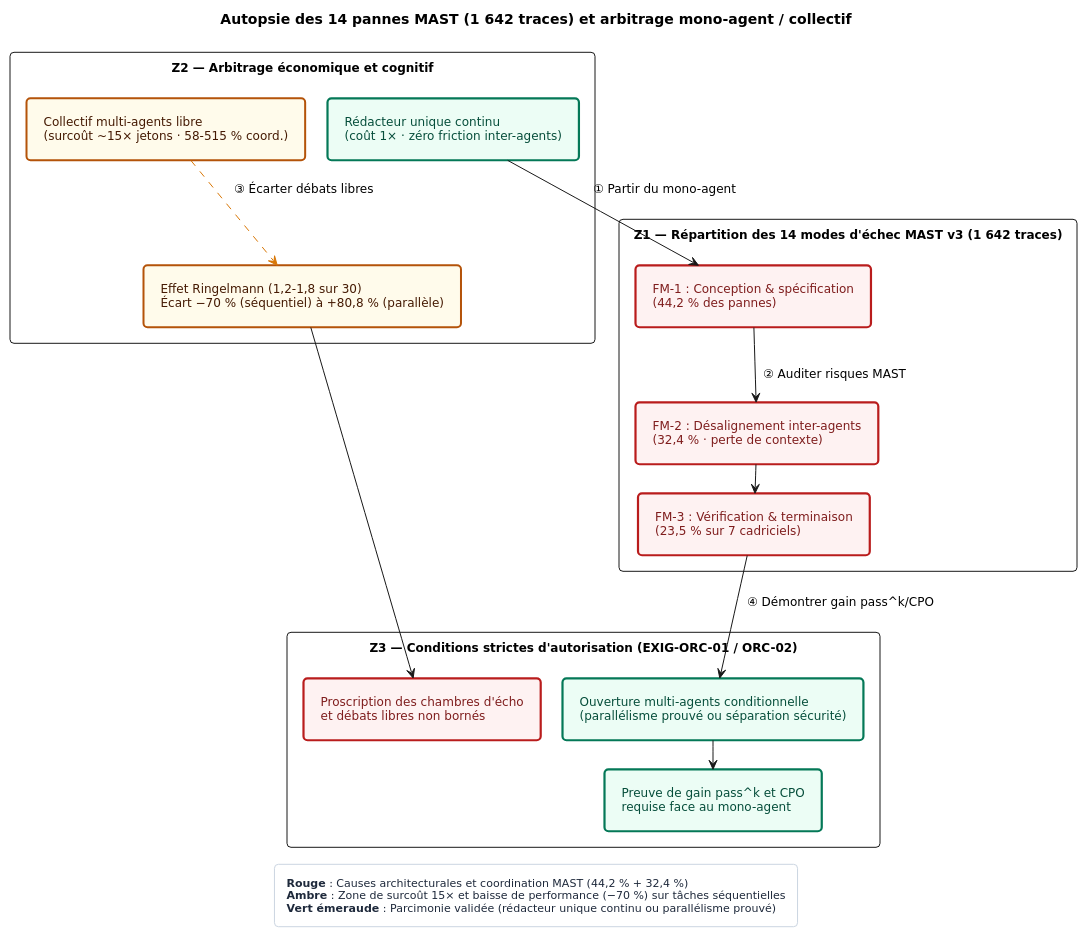
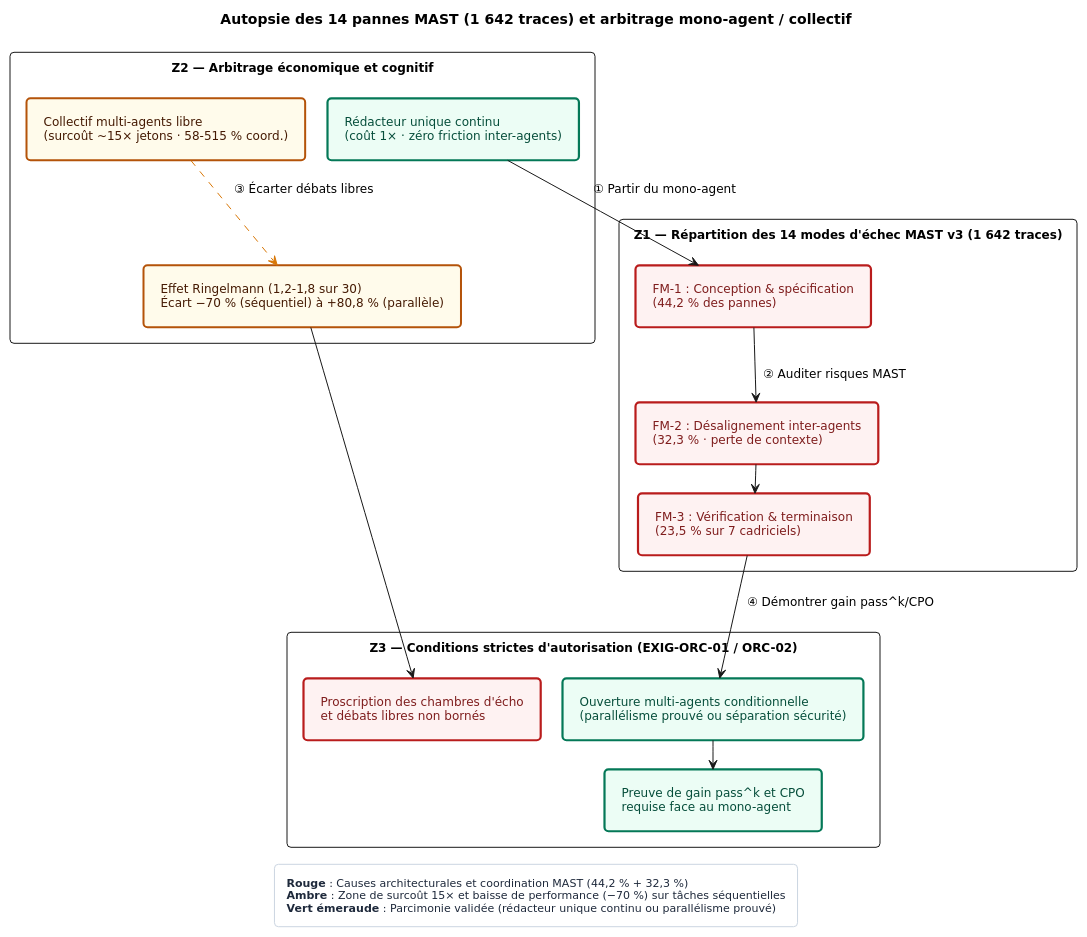
One commit to agbruneau/Agentique changed the diagram in Compendium/ouvrage/schemas/SCH-02-02.puml. Above: the diagram before and after it, drawn with PlantUML. The commit also changed 234 other files, not shown here.

```diff
--- a/Compendium/ouvrage/schemas/SCH-02-02.puml
+++ b/Compendium/ouvrage/schemas/SCH-02-02.puml
@@ -1,61 +1,61 @@
 @startuml
 <style>
 document { BackgroundColor #FFFFFF; }
 .det { BackgroundColor #EBF2F7; LineColor #1B4F72; LineThickness 2.2; FontColor #0F2942; }
 .blue { BackgroundColor #EFF6FF; LineColor #1D4ED8; LineThickness 2.2; FontColor #1E3A8A; }
 .prob { BackgroundColor #FFF5E0; LineColor #D97706; LineThickness 2.0; LineStyle 5; FontColor #451A03; }
 .amber { BackgroundColor #FFFBEB; LineColor #B45309; LineThickness 2.0; FontColor #451A03; }
 .green { BackgroundColor #ECFDF5; LineColor #047857; LineThickness 2.2; FontColor #064E3B; }
 .teal { BackgroundColor #F0FDFA; LineColor #0F766E; LineThickness 2.2; FontColor #134E4A; }
 .red { BackgroundColor #FEF2F2; LineColor #B91C1C; LineThickness 2.2; FontColor #7F1D1D; }
 .purple { BackgroundColor #F5F3FF; LineColor #6D28D9; LineThickness 2.2; FontColor #4C1D95; }
 .indigo { BackgroundColor #EEF2FF; LineColor #4338CA; LineThickness 2.2; FontColor #312E81; }
 .gray { BackgroundColor #F1F5F9; LineColor #475569; LineThickness 1.8; FontColor #1E293B; }
 package { BackgroundColor #F8FAFC; LineColor #64748B; LineThickness 1.2; FontColor #334155; }
 legend { BackgroundColor #FFFFFF; LineColor #CBD5E1; FontColor #1E293B; FontSize 11; }
 </style>
 hide stereotype
 skinparam defaultFontName "DejaVu Sans"
 skinparam defaultFontSize 12
 skinparam shadowing false
 skinparam roundcorner 8
 skinparam packageStyle rectangle
 skinparam nodesep 22
 skinparam ranksep 28
 skinparam padding 7
 
 top to bottom direction
 title Autopsie des 14 pannes MAST (1 642 traces) et arbitrage mono-agent / collectif
 
 package "Z1 — Répartition des 14 modes d'échec MAST v3 (1 642 traces)" {
   rectangle "FM-1 : Conception & spécification\n(44,2 % des pannes)" as N1 <<red>>
-  rectangle "FM-2 : Désalignement inter-agents\n(32,4 % · perte de contexte)" as N2 <<red>>
+  rectangle "FM-2 : Désalignement inter-agents\n(32,3 % · perte de contexte)" as N2 <<red>>
   rectangle "FM-3 : Vérification & terminaison\n(23,5 % sur 7 cadriciels)" as N3 <<red>>
 }
 
 package "Z2 — Arbitrage économique et cognitif" {
   rectangle "Rédacteur unique continu\n(coût 1× · zéro friction inter-agents)" as N4 <<green>>
   rectangle "Collectif multi-agents libre\n(surcoût ~15× jetons · 58–515 % coord.)" as N5 <<amber>>
   rectangle "Effet Ringelmann (1,2–1,8 sur 30)\nÉcart −70 % (séquentiel) à +80,8 % (parallèle)" as N6 <<amber>>
 }
 
 package "Z3 — Conditions strictes d'autorisation (EXIG-ORC-01 / ORC-02)" {
   rectangle "Proscription des chambres d'écho\net débats libres non bornés" as N7 <<red>>
   rectangle "Ouverture multi-agents conditionnelle\n(parallélisme prouvé ou séparation sécurité)" as N8 <<green>>
   rectangle "Preuve de gain pass^k et CPO\nrequise face au mono-agent" as N9 <<green>>
 }
 
 N4 --> N1 : ① Partir du mono-agent
 N1 --> N2 : ② Auditer risques MAST
 N2 --> N3
 N5 .[#D97706].> N6 : ③ Écarter débats libres
 N6 --> N7
 N3 --> N8 : ④ Démontrer gain pass^k/CPO
 N8 --> N9
 
 legend bottom
-  **Rouge** : Causes architecturales et coordination MAST (44,2 % + 32,4 %)
+  **Rouge** : Causes architecturales et coordination MAST (44,2 % + 32,3 %)
   **Ambre** : Zone de surcoût 15× et baisse de performance (−70 %) sur tâches séquentielles
   **Vert émeraude** : Parcimonie validée (rédacteur unique continu ou parallélisme prouvé)
 end legend
 @enduml
```
